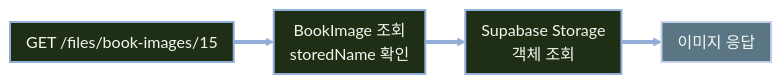
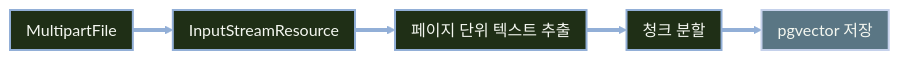
The third of 4 diagrams in slides.md (qus0in/slide-maker), drawn with Mermaid before and after one commit. The commit also changed other lines of this file, not shown here.

````diff
--- a/slides.md
+++ b/slides.md
@@ -512,23 +438,24 @@
 ```mermaid
 ---
 config:
   themeVariables:
     lineColor: "#92AFD7"
     arrowheadColor: "#92AFD7"
     edgeLabelBackground: "#1F2F16"
   flowchart:
     padding: 8
     nodeSpacing: 40
     rankSpacing: 40
 ---
 flowchart LR
-  A["GET /files/book-images/15"] --> B["BookImage 조회<br/>storedName 확인"]
-  B --> C["Supabase Storage<br/>객체 조회"]
-  C --> D["이미지 응답"]
+  A["MultipartFile"] --> B["InputStreamResource"]
+  B --> C["페이지 단위 텍스트 추출"]
+  C --> D["청크 분할"]
+  D --> E["pgvector 저장"]
 
-  class A,B,C step
-  class D result
+  class A,B,C,D step
+  class E result
   classDef step fill:#1F2F16,stroke:#92AFD7,color:#F4F7F0,stroke-width:2px
   classDef result fill:#5A7684,stroke:#C5D1EB,color:#F4F7F0,stroke-width:2px
   linkStyle default stroke:#92AFD7,stroke-width:4px
 ```
````
